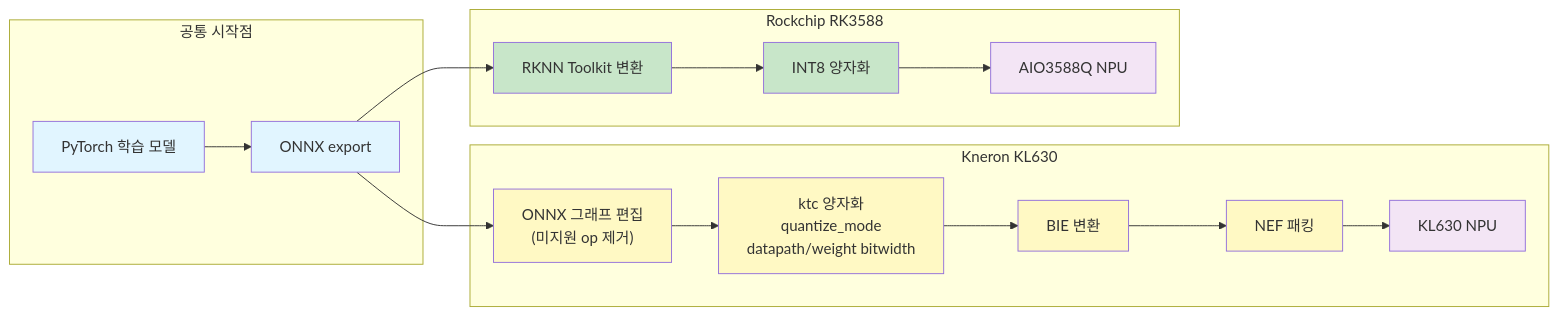
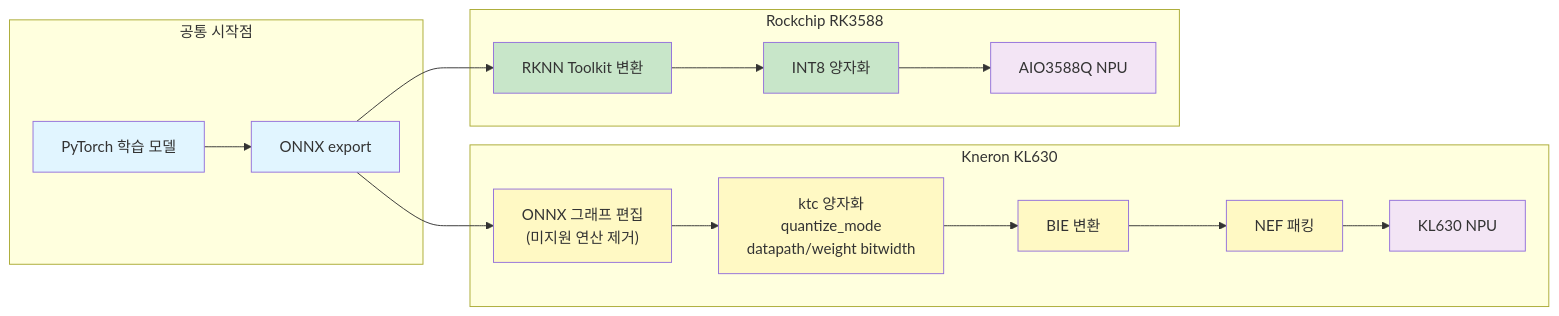
The second of 6 diagrams in README.md (tommyjin2894/portfolio), drawn with Mermaid before and after one commit. The commit also changed other lines of this file and 3 other files, not shown here.

````diff
--- a/README.md
+++ b/README.md
@@ -166,35 +166,35 @@
 ```mermaid
 graph LR
     subgraph "공통 시작점"
         PT["PyTorch 학습 모델"]
         ONNX["ONNX export"]
     end
 
     subgraph "Kneron KL630"
-        K_GRAPH["ONNX 그래프 편집<br/>(미지원 op 제거)"]
+        K_GRAPH["ONNX 그래프 편집<br/>(미지원 연산 제거)"]
         K_QUANT["ktc 양자화<br/>quantize_mode<br/>datapath/weight bitwidth"]
         K_BIE["BIE 변환"]
         K_NEF["NEF 패킹"]
         K_DEV["KL630 NPU"]
     end
 
     subgraph "Rockchip RK3588"
         R_RKNN["RKNN Toolkit 변환"]
         R_QUANT["INT8 양자화"]
         R_DEV["AIO3588Q NPU"]
     end
 
     PT --> ONNX
     ONNX --> K_GRAPH --> K_QUANT --> K_BIE --> K_NEF --> K_DEV
     ONNX --> R_RKNN --> R_QUANT --> R_DEV
 
     classDef common fill:#e1f5ff
     classDef kneron fill:#fff9c4
     classDef rockchip fill:#c8e6c9
     classDef device fill:#f3e5f5
 
     class PT,ONNX common
     class K_GRAPH,K_QUANT,K_BIE,K_NEF kneron
     class R_RKNN,R_QUANT rockchip
     class K_DEV,R_DEV device
 ```
````
